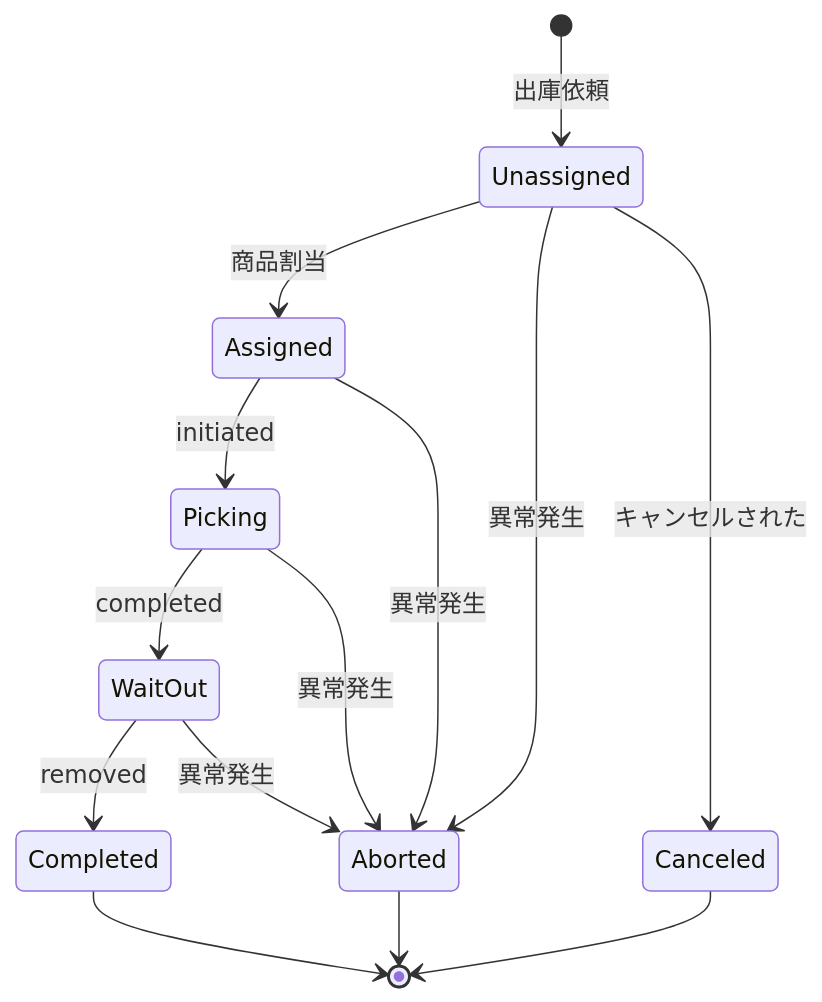
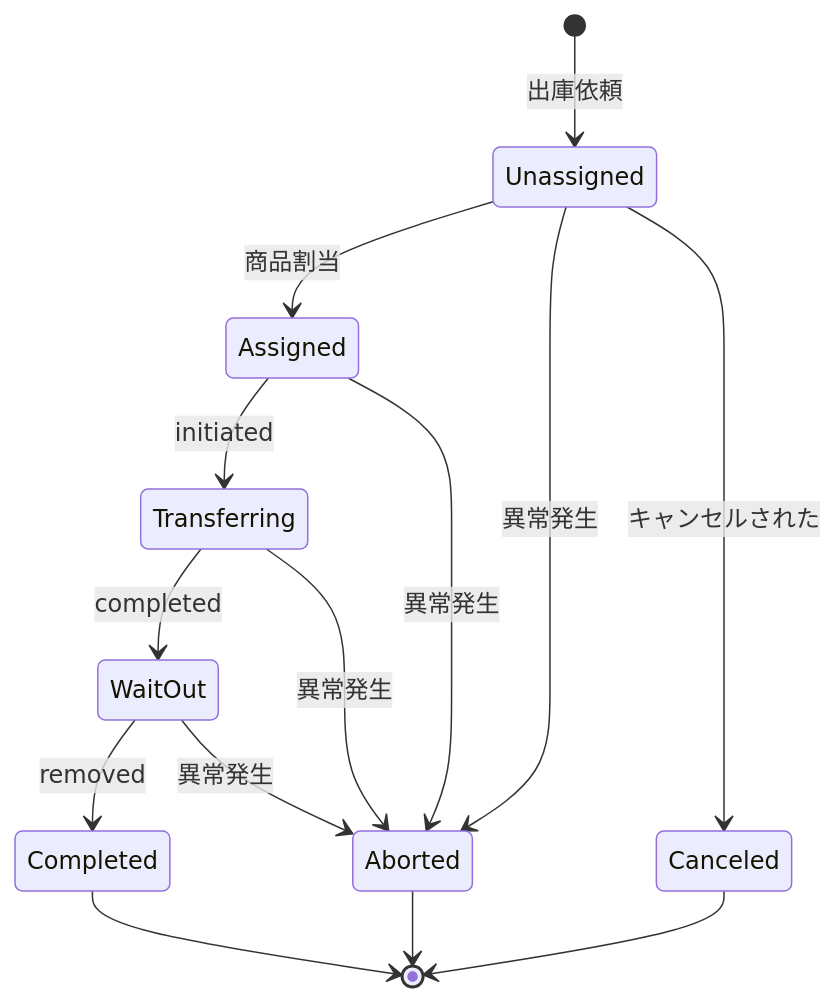
The first of 3 diagrams in docs/server/job_rules.md (YE0250OCHI/FinalAssignment_TeamA), drawn with Mermaid before and after one commit. The commit also changed other lines of this file, not shown here.

````diff
--- a/docs/server/job_rules.md
+++ b/docs/server/job_rules.md
@@ -154,23 +153,23 @@
 ``` mermaid
 stateDiagram-v2
 
 [*] --> Unassigned : 出庫依頼
 
 Unassigned --> Assigned : 商品割当
 Unassigned --> Aborted : 異常発生
 
-Assigned --> Picking : initiated
+Assigned --> Transferring : initiated
 Assigned --> Aborted : 異常発生
 
-Picking --> WaitOut : completed
-Picking --> Aborted : 異常発生
+Transferring --> WaitOut : completed
+Transferring --> Aborted : 異常発生
 
 WaitOut --> Completed : removed
 WaitOut --> Aborted : 異常発生
 
 Unassigned --> Canceled : キャンセルされた
 
 Canceled --> [*]
 Completed --> [*]
 Aborted --> [*]
 ```
````
